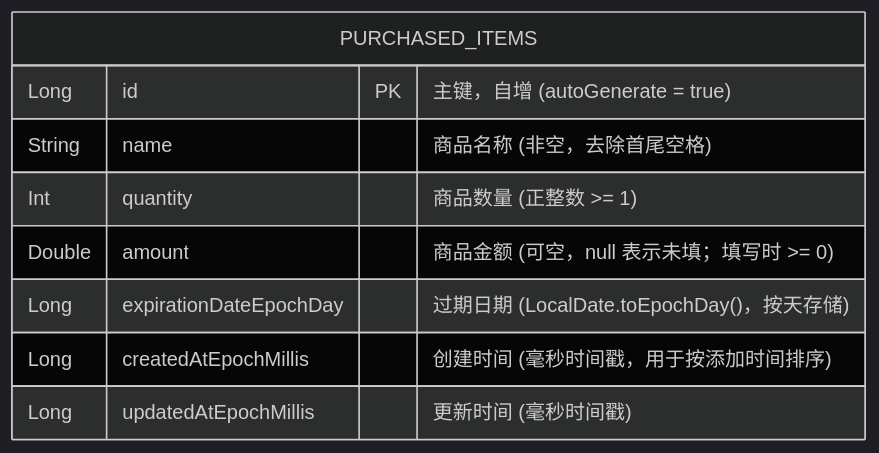
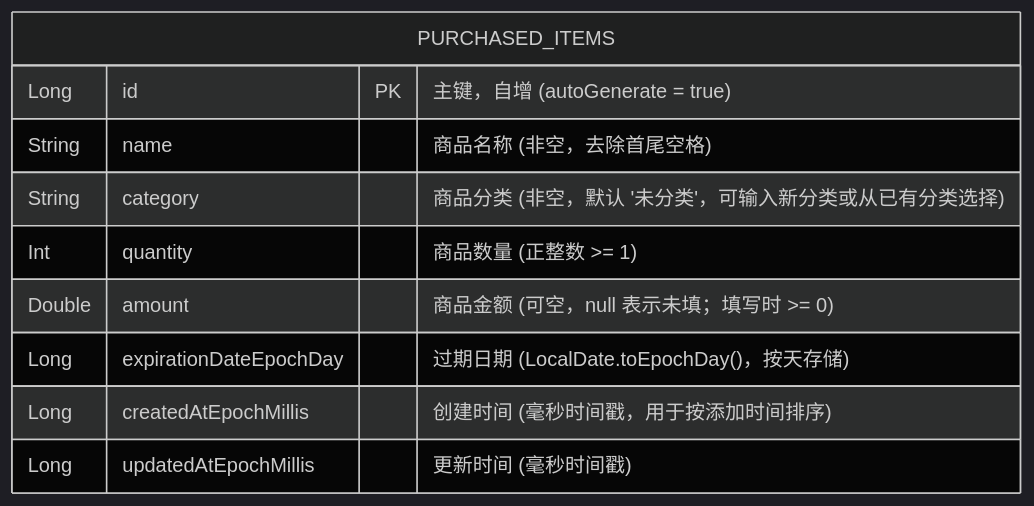
Before and after one commit to eng-dotcom/mylist: the diagram in README.md, drawn with Mermaid (dark theme). The commit also changed other lines of this file and 12 other files, not shown here.

````diff
--- a/README.md
+++ b/README.md
@@ -53,12 +53,13 @@
 ```mermaid
 erDiagram
     PURCHASED_ITEMS {
         Long id PK "主键，自增 (autoGenerate = true)"
         String name "商品名称 (非空，去除首尾空格)"
+        String category "商品分类 (非空，默认 '未分类'，可输入新分类或从已有分类选择)"
         Int quantity "商品数量 (正整数 >= 1)"
         Double amount "商品金额 (可空，null 表示未填；填写时 >= 0)"
         Long expirationDateEpochDay "过期日期 (LocalDate.toEpochDay()，按天存储)"
         Long createdAtEpochMillis "创建时间 (毫秒时间戳，用于按添加时间排序)"
         Long updatedAtEpochMillis "更新时间 (毫秒时间戳)"
     }
 ```
````
